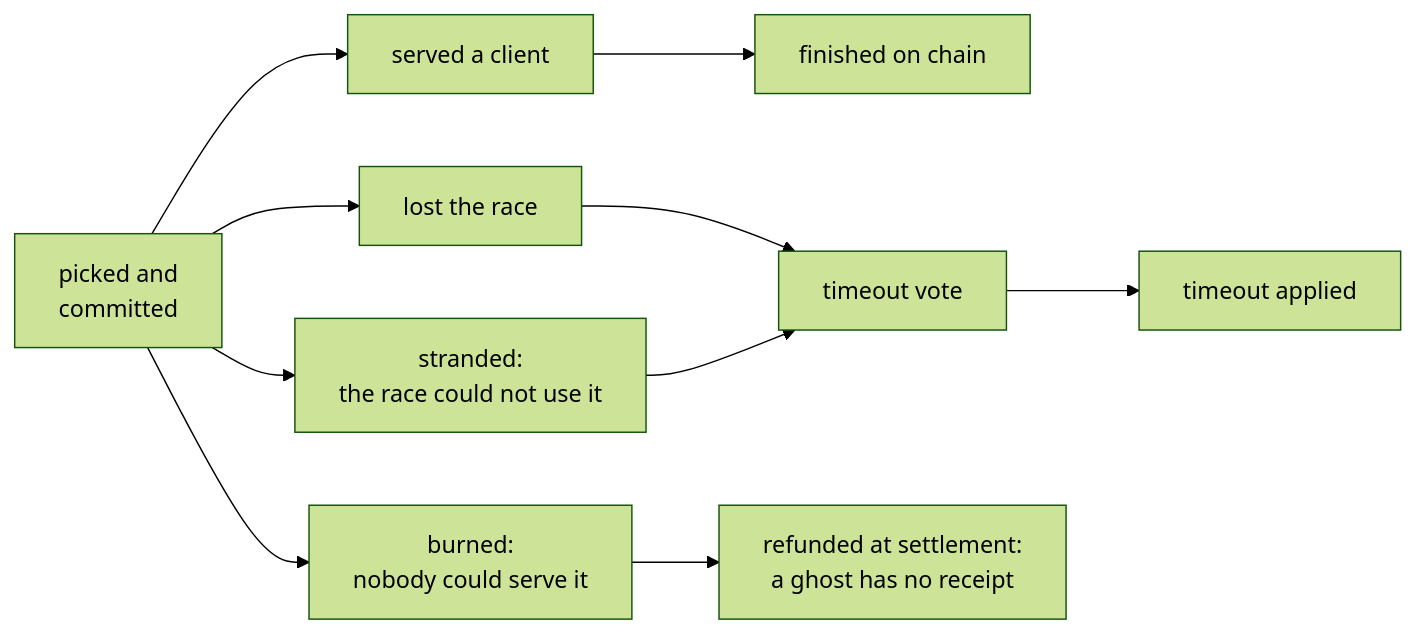
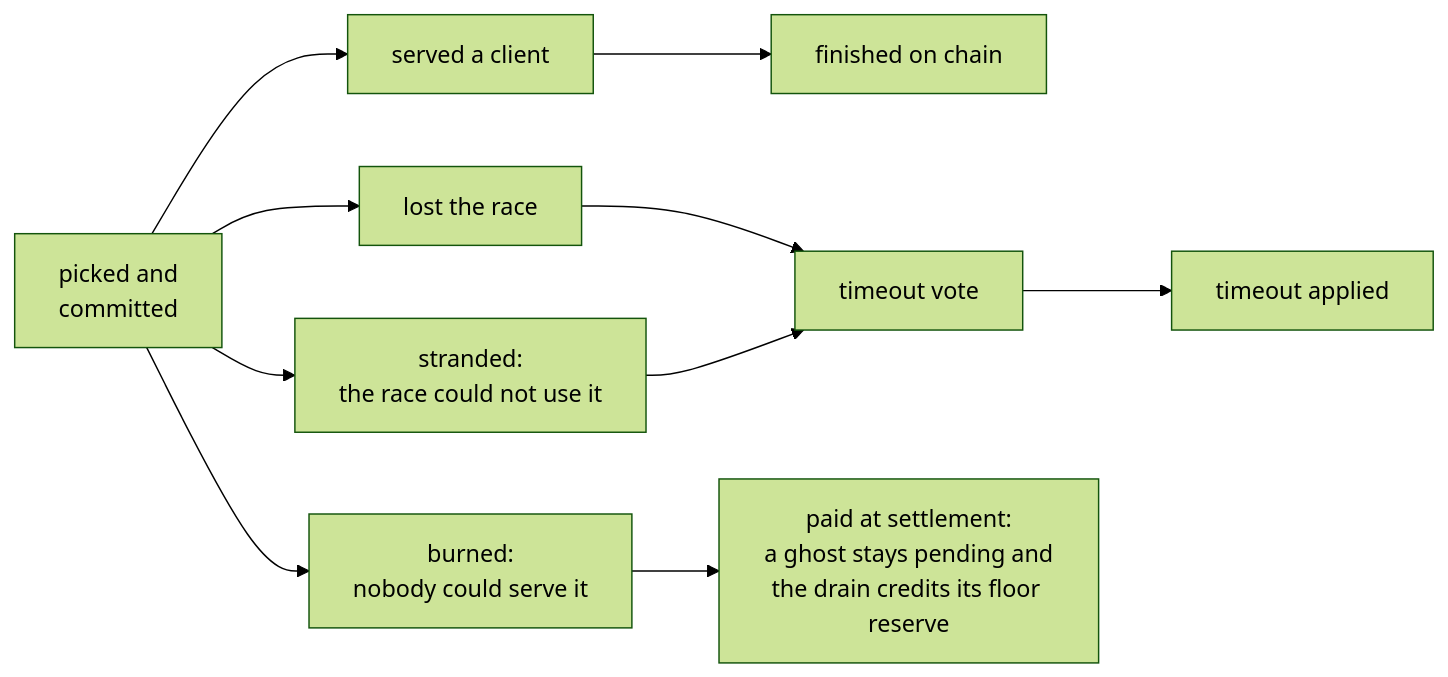
The third of 3 diagrams in devshard/cmd/gateway/docs/architecture.md (qdanik/gonka), drawn with Mermaid (forest theme) before and after one commit. The commit also changed 3 other files, not shown here.

````diff
--- a/devshard/cmd/gateway/docs/architecture.md
+++ b/devshard/cmd/gateway/docs/architecture.md
@@ -113,12 +113,12 @@
 ```mermaid
 graph LR
     P["picked and<br/>committed"] --> SRV["served a client"]
     P --> LOST["lost the race"]
     P --> BURN["burned:<br/>nobody could serve it"]
     P --> STR["stranded:<br/>the race could not use it"]
     SRV --> FIN["finished on chain"]
     LOST --> VOTE["timeout vote"]
-    BURN --> REF["refunded at settlement:<br/>a ghost has no receipt"]
+    BURN --> REF["paid at settlement:<br/>a ghost stays pending and<br/>the drain credits its floor reserve"]
     STR --> VOTE
     VOTE --> APP["timeout applied"]
 ```
````
